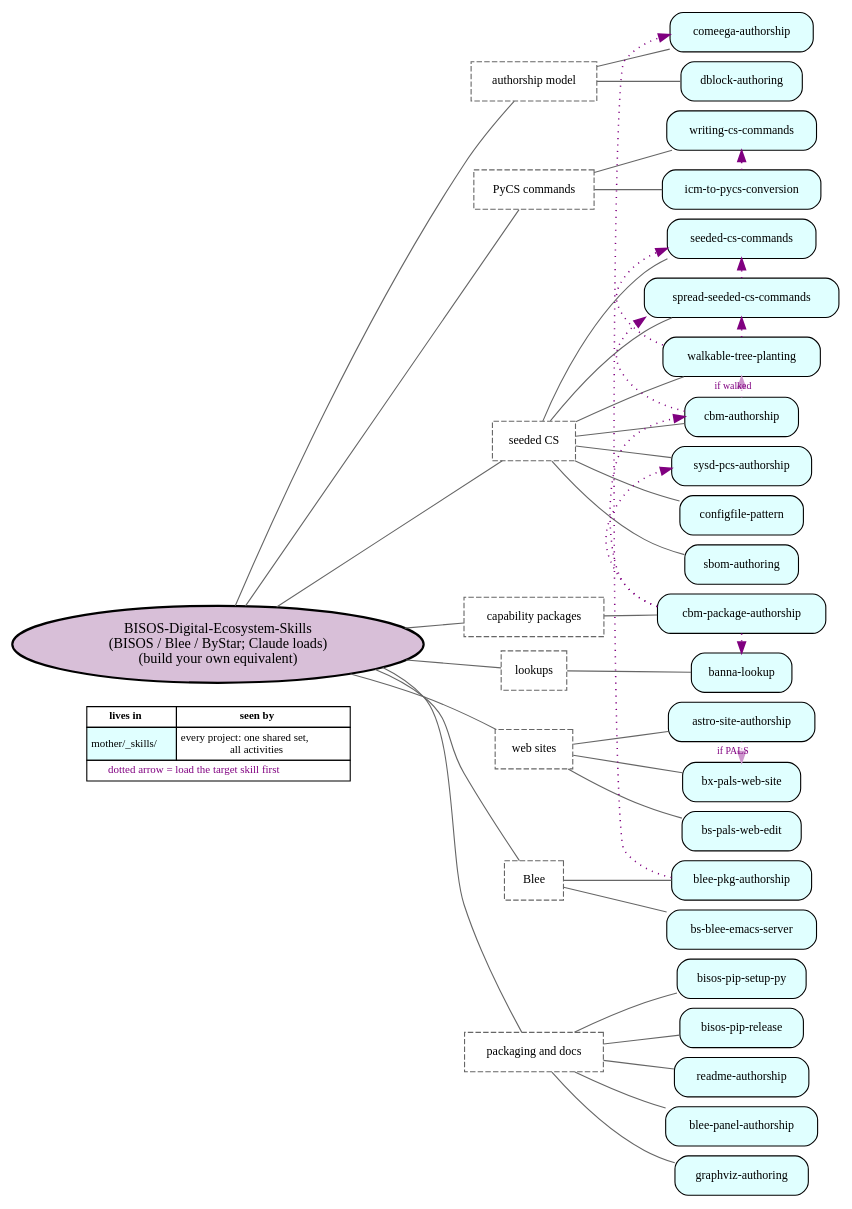
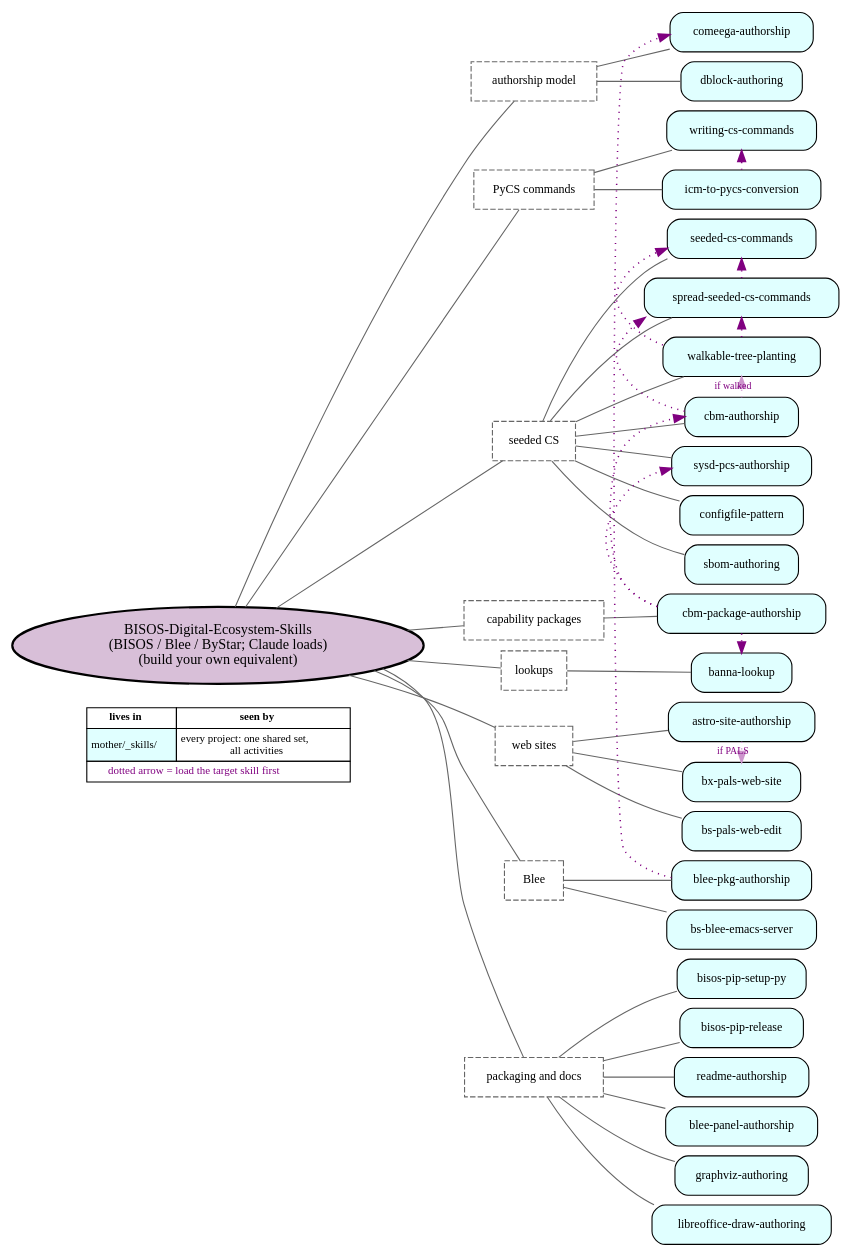
One commit to bisos-pip/aiActivity changed the diagram in py3/images/aiEcosystemTree.gv. Above: the diagram before and after it, drawn with Graphviz. The commit also changed 63 other files, not shown here.

```diff
--- a/py3/images/aiEcosystemTree.gv
+++ b/py3/images/aiEcosystemTree.gv
@@ -1,86 +1,88 @@
 digraph {
 	nodesep=0.12 rankdir=LR ranksep=0.5
 	node [fontsize=11]
 	root [label="BISOS-Digital-Ecosystem-Skills
 (BISOS / Blee / ByStar; Claude loads)
 (build your own equivalent)" fillcolor=thistle fontsize=13 shape=ellipse style="filled,bold"]
 	ecoAuthorship [label="authorship model" color=gray40 fontsize=11 shape=box style=dashed]
 	root -> ecoAuthorship [arrowhead=none color=gray40]
 	"comeega-authorship" [label="comeega-authorship" fillcolor=lightcyan shape=box style="filled,rounded"]
 	ecoAuthorship -> "comeega-authorship" [arrowhead=none color=gray40]
 	"dblock-authoring" [label="dblock-authoring" fillcolor=lightcyan shape=box style="filled,rounded"]
 	ecoAuthorship -> "dblock-authoring" [arrowhead=none color=gray40]
 	ecoPycs [label="PyCS commands" color=gray40 fontsize=11 shape=box style=dashed]
 	root -> ecoPycs [arrowhead=none color=gray40]
 	"writing-cs-commands" [label="writing-cs-commands" fillcolor=lightcyan shape=box style="filled,rounded"]
 	ecoPycs -> "writing-cs-commands" [arrowhead=none color=gray40]
 	"icm-to-pycs-conversion" [label="icm-to-pycs-conversion" fillcolor=lightcyan shape=box style="filled,rounded"]
 	ecoPycs -> "icm-to-pycs-conversion" [arrowhead=none color=gray40]
 	ecoSeeded [label="seeded CS" color=gray40 fontsize=11 shape=box style=dashed]
 	root -> ecoSeeded [arrowhead=none color=gray40]
 	"seeded-cs-commands" [label="seeded-cs-commands" fillcolor=lightcyan shape=box style="filled,rounded"]
 	ecoSeeded -> "seeded-cs-commands" [arrowhead=none color=gray40]
 	"spread-seeded-cs-commands" [label="spread-seeded-cs-commands" fillcolor=lightcyan shape=box style="filled,rounded"]
 	ecoSeeded -> "spread-seeded-cs-commands" [arrowhead=none color=gray40]
 	"walkable-tree-planting" [label="walkable-tree-planting" fillcolor=lightcyan shape=box style="filled,rounded"]
 	ecoSeeded -> "walkable-tree-planting" [arrowhead=none color=gray40]
 	"cbm-authorship" [label="cbm-authorship" fillcolor=lightcyan shape=box style="filled,rounded"]
 	ecoSeeded -> "cbm-authorship" [arrowhead=none color=gray40]
 	"sysd-pcs-authorship" [label="sysd-pcs-authorship" fillcolor=lightcyan shape=box style="filled,rounded"]
 	ecoSeeded -> "sysd-pcs-authorship" [arrowhead=none color=gray40]
 	"configfile-pattern" [label="configfile-pattern" fillcolor=lightcyan shape=box style="filled,rounded"]
 	ecoSeeded -> "configfile-pattern" [arrowhead=none color=gray40]
 	"sbom-authoring" [label="sbom-authoring" fillcolor=lightcyan shape=box style="filled,rounded"]
 	ecoSeeded -> "sbom-authoring" [arrowhead=none color=gray40]
 	ecoCapability [label="capability packages" color=gray40 fontsize=11 shape=box style=dashed]
 	root -> ecoCapability [arrowhead=none color=gray40]
 	"cbm-package-authorship" [label="cbm-package-authorship" fillcolor=lightcyan shape=box style="filled,rounded"]
 	ecoCapability -> "cbm-package-authorship" [arrowhead=none color=gray40]
 	ecoLookups [label=lookups color=gray40 fontsize=11 shape=box style=dashed]
 	root -> ecoLookups [arrowhead=none color=gray40]
 	"banna-lookup" [label="banna-lookup" fillcolor=lightcyan shape=box style="filled,rounded"]
 	ecoLookups -> "banna-lookup" [arrowhead=none color=gray40]
 	ecoSites [label="web sites" color=gray40 fontsize=11 shape=box style=dashed]
 	root -> ecoSites [arrowhead=none color=gray40]
 	"astro-site-authorship" [label="astro-site-authorship" fillcolor=lightcyan shape=box style="filled,rounded"]
 	ecoSites -> "astro-site-authorship" [arrowhead=none color=gray40]
 	"bx-pals-web-site" [label="bx-pals-web-site" fillcolor=lightcyan shape=box style="filled,rounded"]
 	ecoSites -> "bx-pals-web-site" [arrowhead=none color=gray40]
 	"bs-pals-web-edit" [label="bs-pals-web-edit" fillcolor=lightcyan shape=box style="filled,rounded"]
 	ecoSites -> "bs-pals-web-edit" [arrowhead=none color=gray40]
 	ecoBlee [label=Blee color=gray40 fontsize=11 shape=box style=dashed]
 	root -> ecoBlee [arrowhead=none color=gray40]
 	"blee-pkg-authorship" [label="blee-pkg-authorship" fillcolor=lightcyan shape=box style="filled,rounded"]
 	ecoBlee -> "blee-pkg-authorship" [arrowhead=none color=gray40]
 	"bs-blee-emacs-server" [label="bs-blee-emacs-server" fillcolor=lightcyan shape=box style="filled,rounded"]
 	ecoBlee -> "bs-blee-emacs-server" [arrowhead=none color=gray40]
 	ecoPackaging [label="packaging and docs" color=gray40 fontsize=11 shape=box style=dashed]
 	root -> ecoPackaging [arrowhead=none color=gray40]
 	"bisos-pip-setup-py" [label="bisos-pip-setup-py" fillcolor=lightcyan shape=box style="filled,rounded"]
 	ecoPackaging -> "bisos-pip-setup-py" [arrowhead=none color=gray40]
 	"bisos-pip-release" [label="bisos-pip-release" fillcolor=lightcyan shape=box style="filled,rounded"]
 	ecoPackaging -> "bisos-pip-release" [arrowhead=none color=gray40]
 	"readme-authorship" [label="readme-authorship" fillcolor=lightcyan shape=box style="filled,rounded"]
 	ecoPackaging -> "readme-authorship" [arrowhead=none color=gray40]
 	"blee-panel-authorship" [label="blee-panel-authorship" fillcolor=lightcyan shape=box style="filled,rounded"]
 	ecoPackaging -> "blee-panel-authorship" [arrowhead=none color=gray40]
 	"graphviz-authoring" [label="graphviz-authoring" fillcolor=lightcyan shape=box style="filled,rounded"]
 	ecoPackaging -> "graphviz-authoring" [arrowhead=none color=gray40]
+	"libreoffice-draw-authoring" [label="libreoffice-draw-authoring" fillcolor=lightcyan shape=box style="filled,rounded"]
+	ecoPackaging -> "libreoffice-draw-authoring" [arrowhead=none color=gray40]
 	"spread-seeded-cs-commands" -> "seeded-cs-commands" [color=purple constraint=false penwidth=1.4 style=dotted]
 	"walkable-tree-planting" -> "seeded-cs-commands" [color=purple constraint=false penwidth=1.4 style=dotted]
 	"walkable-tree-planting" -> "spread-seeded-cs-commands" [color=purple constraint=false penwidth=1.4 style=dotted]
 	"cbm-authorship" -> "spread-seeded-cs-commands" [color=purple constraint=false penwidth=1.4 style=dotted]
 	"icm-to-pycs-conversion" -> "writing-cs-commands" [color=purple constraint=false penwidth=1.4 style=dotted]
 	"cbm-package-authorship" -> "cbm-authorship" [color=purple constraint=false penwidth=1.4 style=dotted]
 	"cbm-package-authorship" -> "sysd-pcs-authorship" [color=purple constraint=false penwidth=1.4 style=dotted]
 	"cbm-package-authorship" -> "banna-lookup" [color=purple constraint=false penwidth=1.4 style=dotted]
 	"blee-pkg-authorship" -> "comeega-authorship" [color=purple constraint=false penwidth=1.4 style=dotted]
 	"cbm-authorship" -> "walkable-tree-planting" [label=" if walked " color=plum3 constraint=false fontcolor=purple fontsize=9 penwidth=1.4 style=dotted]
 	"astro-site-authorship" -> "bx-pals-web-site" [label=" if PALS " color=plum3 constraint=false fontcolor=purple fontsize=9 penwidth=1.4 style=dotted]
 	{
 		rank=same
 		root
 		legend [label=<<TABLE BORDER="0" CELLBORDER="1" CELLSPACING="0" CELLPADDING="3"><TR><TD><B>lives in</B></TD><TD><B>seen by</B></TD></TR><TR><TD BGCOLOR="lightcyan">mother/_skills/</TD><TD>every project: one shared set,<BR/>all activities</TD></TR><TR><TD COLSPAN="2"><FONT COLOR="purple">dotted arrow = load the target skill first</FONT></TD></TR></TABLE>> fontsize=10 shape=plaintext]
 	}
 	root -> legend [style=invis]
 }
```
